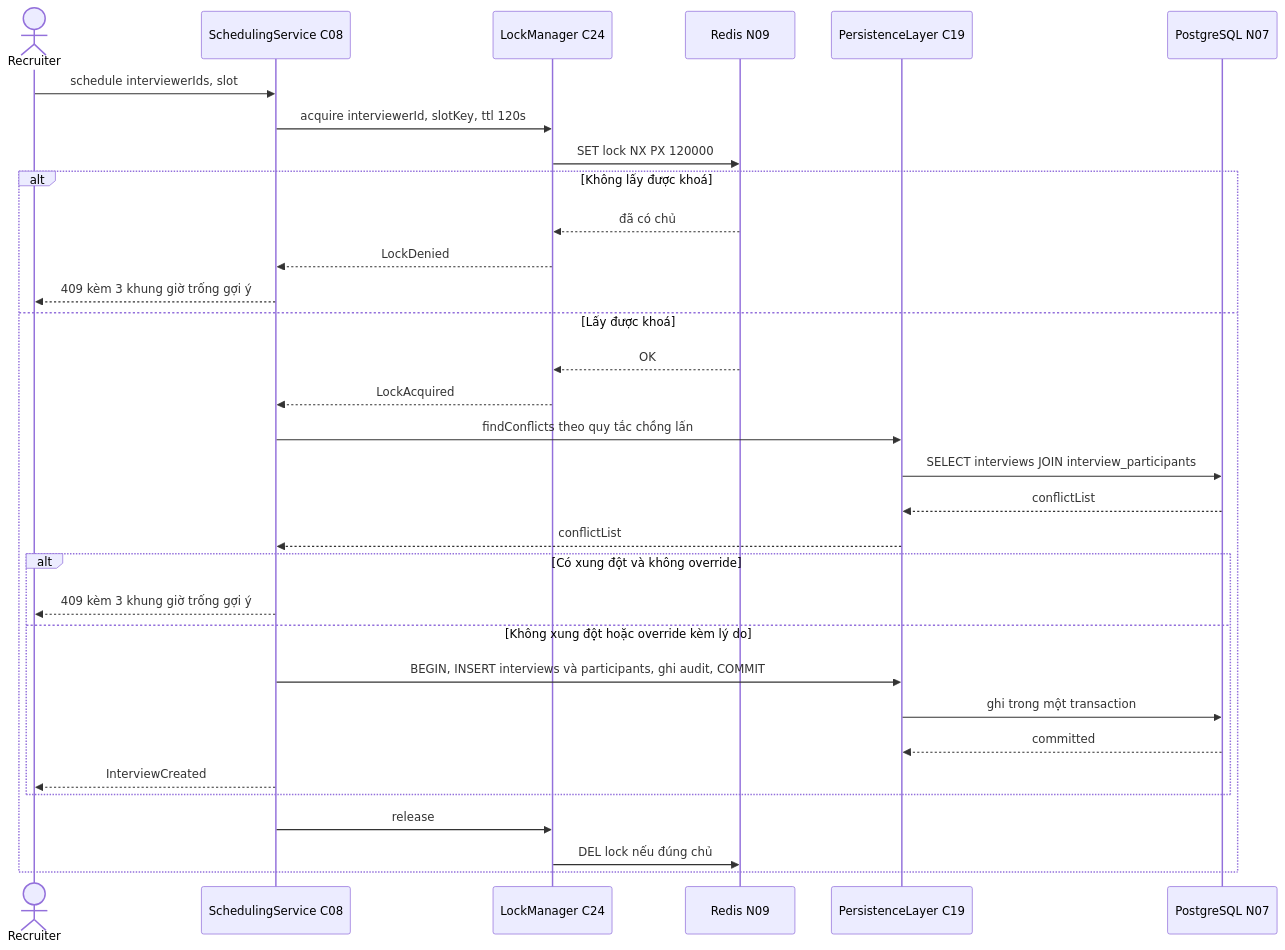
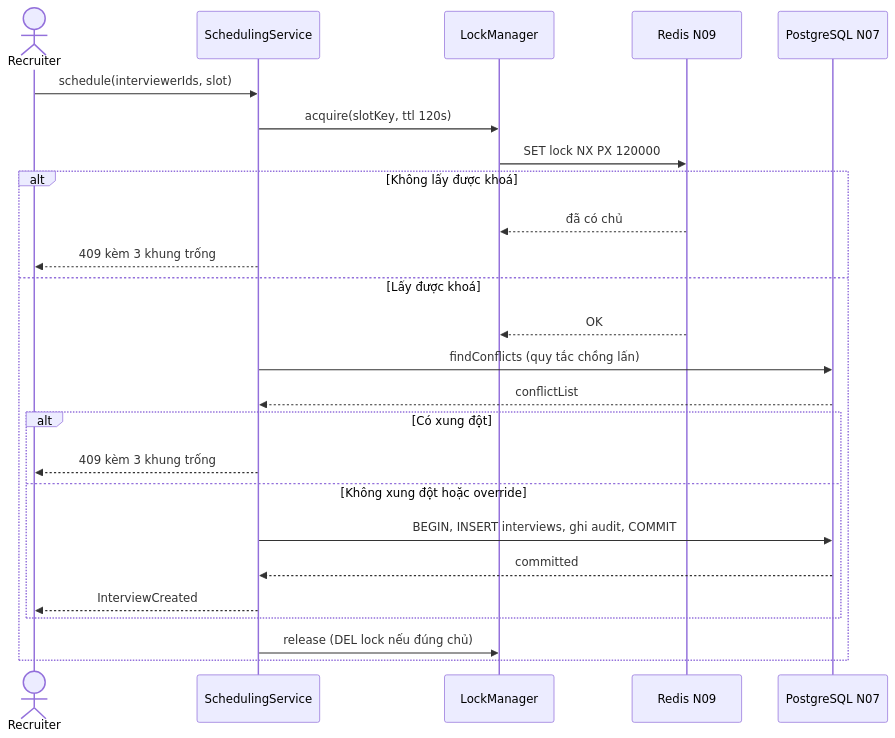
One commit to ktcshust/IT3120 changed the third of 5 diagrams in report/chapter_5_design.md. Above: the diagram before and after it, drawn with Mermaid. The commit also changed other lines of this file and 36 other files, not shown here.

````diff
--- a/report/chapter_5_design.md
+++ b/report/chapter_5_design.md
@@ -396,35 +231,28 @@
 ```mermaid
 sequenceDiagram
     actor Recruiter
-    participant C08 as SchedulingService C08
-    participant C24 as LockManager C24
+    participant C08 as SchedulingService
+    participant C24 as LockManager
     participant REDIS as Redis N09
-    participant C19 as PersistenceLayer C19
     participant PG as PostgreSQL N07
 
-    Recruiter->>C08: schedule interviewerIds, slot
-    C08->>C24: acquire interviewerId, slotKey, ttl 120s
+    Recruiter->>C08: schedule(interviewerIds, slot)
+    C08->>C24: acquire(slotKey, ttl 120s)
     C24->>REDIS: SET lock NX PX 120000
     alt Không lấy được khoá
         REDIS-->>C24: đã có chủ
-        C24-->>C08: LockDenied
-        C08-->>Recruiter: 409 kèm 3 khung giờ trống gợi ý
+        C08-->>Recruiter: 409 kèm 3 khung trống
     else Lấy được khoá
         REDIS-->>C24: OK
-        C24-->>C08: LockAcquired
-        C08->>C19: findConflicts theo quy tắc chồng lấn
-        C19->>PG: SELECT interviews JOIN interview_participants
-        PG-->>C19: conflictList
-        C19-->>C08: conflictList
-        alt Có xung đột và không override
-            C08-->>Recruiter: 409 kèm 3 khung giờ trống gợi ý
-        else Không xung đột hoặc override kèm lý do
-            C08->>C19: BEGIN, INSERT interviews và participants, ghi audit, COMMIT
-            C19->>PG: ghi trong một transaction
-            PG-->>C19: committed
+        C08->>PG: findConflicts (quy tắc chồng lấn)
+        PG-->>C08: conflictList
+        alt Có xung đột
+            C08-->>Recruiter: 409 kèm 3 khung trống
+        else Không xung đột hoặc override
+            C08->>PG: BEGIN, INSERT interviews, ghi audit, COMMIT
+            PG-->>C08: committed
             C08-->>Recruiter: InterviewCreated
         end
-        C08->>C24: release
-        C24->>REDIS: DEL lock nếu đúng chủ
+        C08->>C24: release (DEL lock nếu đúng chủ)
     end
 ```
````
